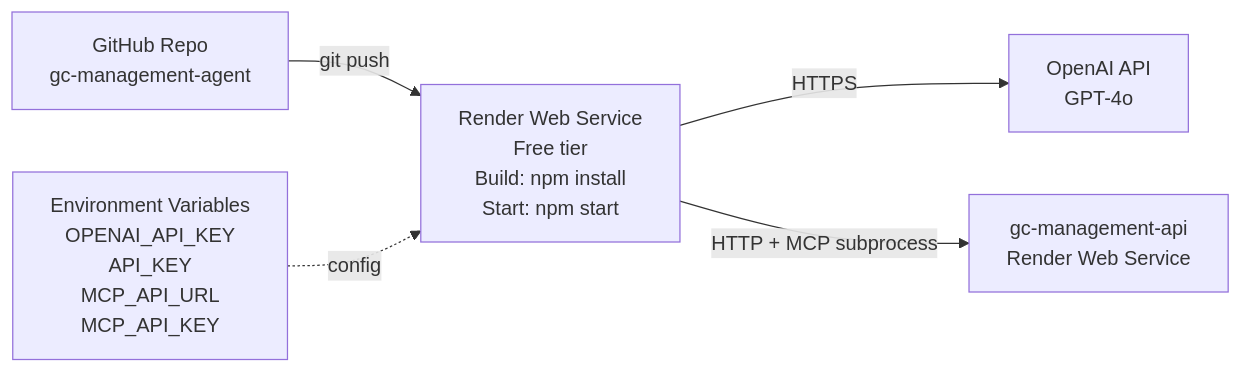
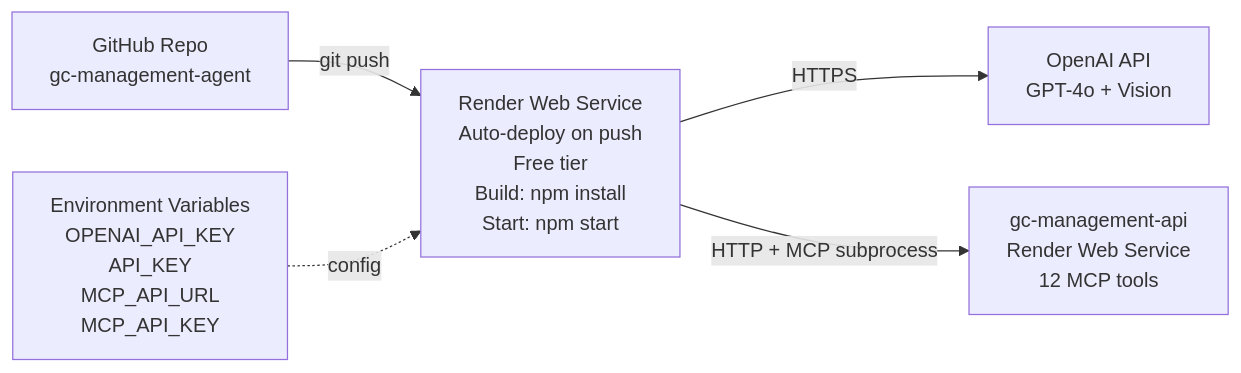
The fourth of 4 diagrams in ARCHITECTURE.md (g-soldera/gc-management-agent), drawn with Mermaid before and after one commit. The commit also changed other lines of this file, not shown here.

First line of the commit message:
docs: update ARCHITECTURE for v1.2.0

````diff
--- a/ARCHITECTURE.md
+++ b/ARCHITECTURE.md
@@ -202,17 +243,17 @@
 ```mermaid
 graph LR
     GitHub[GitHub Repo<br/>gc-management-agent]
     
-    Render[Render Web Service<br/>Free tier<br/>Build: npm install<br/>Start: npm start]
+    Render[Render Web Service<br/>Auto-deploy on push<br/>Free tier<br/>Build: npm install<br/>Start: npm start]
     
-    OpenAI[OpenAI API<br/>GPT-4o]
+    OpenAI[OpenAI API<br/>GPT-4o + Vision]
     
-    Backend[gc-management-api<br/>Render Web Service]
+    Backend[gc-management-api<br/>Render Web Service<br/>12 MCP tools]
     
     Env[Environment Variables<br/>OPENAI_API_KEY<br/>API_KEY<br/>MCP_API_URL<br/>MCP_API_KEY]
     
     GitHub -->|git push| Render
     Env -.->|config| Render
     Render -->|HTTPS| OpenAI
     Render -->|HTTP + MCP subprocess| Backend
 ```
````
